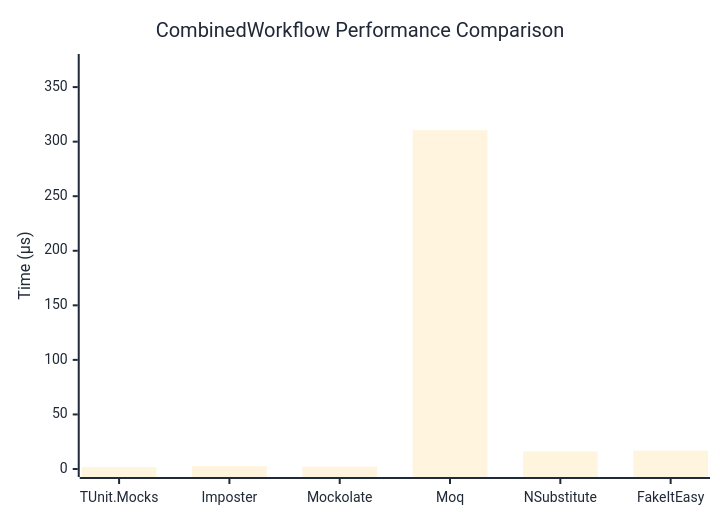
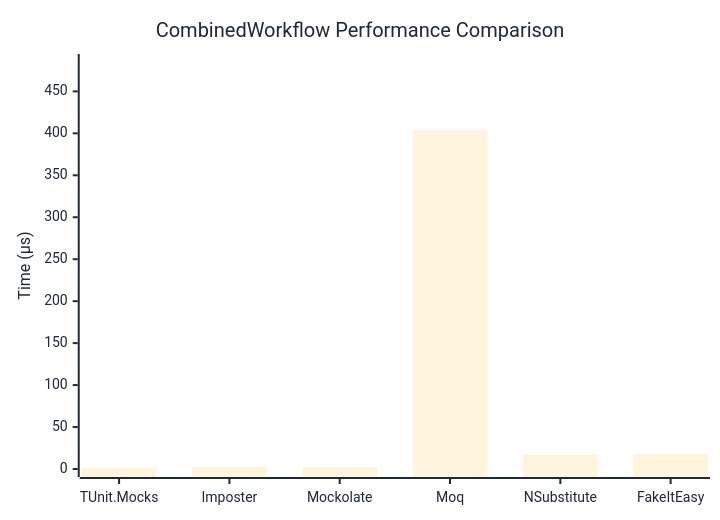
One commit to weiyilai/TUnit changed the diagram in docs/docs/benchmarks/mocks/CombinedWorkflow.md. Above: the diagram before and after it, drawn with Mermaid. The commit also changed other lines of this file and 14 other files, not shown here.

````diff
--- a/docs/docs/benchmarks/mocks/CombinedWorkflow.md
+++ b/docs/docs/benchmarks/mocks/CombinedWorkflow.md
@@ -28,27 +28,27 @@
 ```mermaid
 %%{init: {
   'theme':'base',
   'themeVariables': {
     'primaryColor': '#2563eb',
     'primaryTextColor': '#1f2937',
     'primaryBorderColor': '#1e40af',
     'lineColor': '#6b7280',
     'secondaryColor': '#7c3aed',
     'tertiaryColor': '#dc2626',
     'background': '#ffffff',
     'pie1': '#2563eb',
     'pie2': '#7c3aed',
     'pie3': '#dc2626',
     'pie4': '#f59e0b',
     'pie5': '#10b981',
     'pie6': '#06b6d4',
     'pie7': '#ec4899',
     'pie8': '#6366f1'
   }
 }}%%
 xychart-beta
   title "CombinedWorkflow Performance Comparison"
   x-axis ["TUnit.Mocks", "Imposter", "Mockolate", "Moq", "NSubstitute", "FakeItEasy"]
-  y-axis "Time (μs)" 0 --> 373
-  bar [1.708, 2.665, 2.136, 310.468, 15.975, 16.872]
+  y-axis "Time (μs)" 0 --> 485
+  bar [1.64, 2.65, 2.153, 403.797, 17.345, 17.907]
 ```
````
